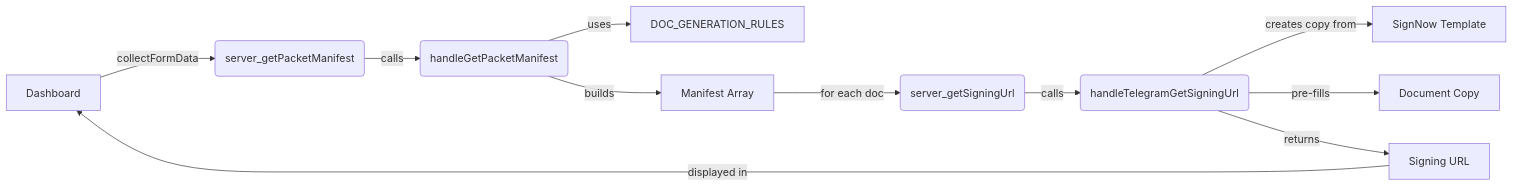
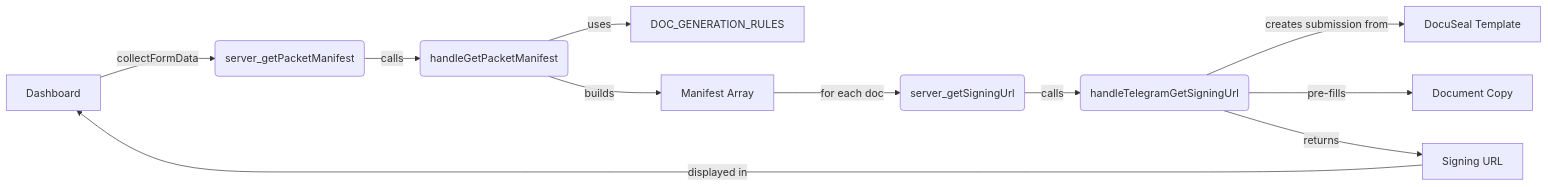
The second of 2 diagrams in docs/ARCHITECTURE.md (Shamrock2245/shamrock-bail-portal-site), drawn with Mermaid before and after one commit. The commit also changed other lines of this file, not shown here.

Commit message:
docs: ARCHITECTURE DocuSeal-only (SignNow retired)

````diff
--- a/docs/ARCHITECTURE.md
+++ b/docs/ARCHITECTURE.md
@@ -197,13 +197,13 @@
 ```mermaid
 graph LR
     A[Dashboard] -->|collectFormData| B(server_getPacketManifest);
     B -->|calls| C(handleGetPacketManifest);
     C -->|uses| D[DOC_GENERATION_RULES];
     C -->|builds| E[Manifest Array];
     E -->|for each doc| F(server_getSigningUrl);
     F -->|calls| G(handleTelegramGetSigningUrl);
-    G -->|creates copy from| H[SignNow Template];
+    G -->|creates submission from| H[DocuSeal Template];
     G -->|pre-fills| I[Document Copy];
     G -->|returns| J[Signing URL];
     J -->|displayed in| A;
 ```
````
